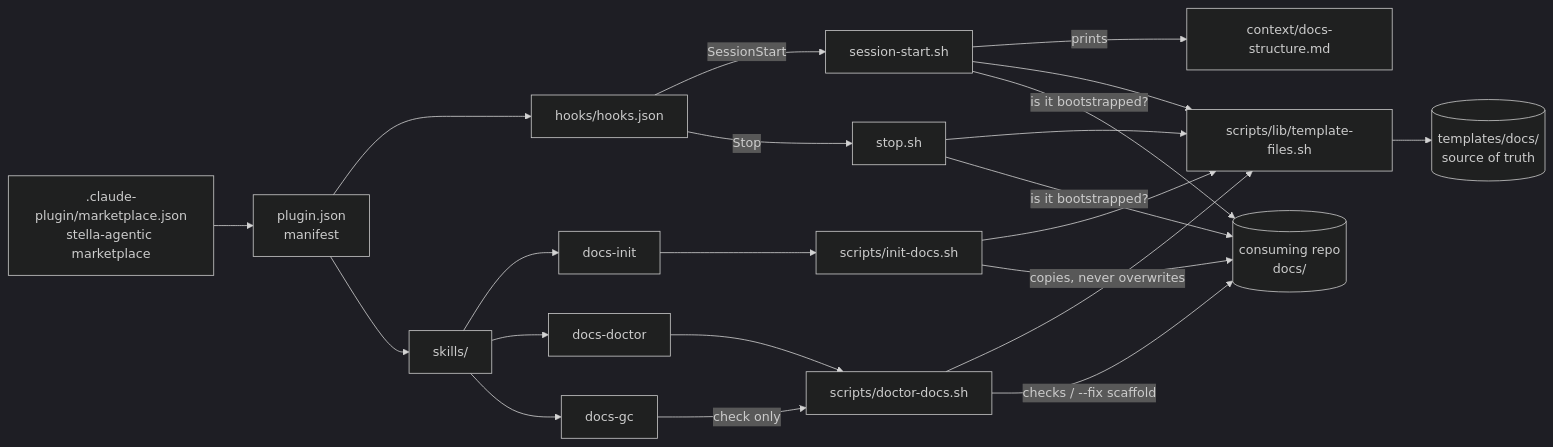
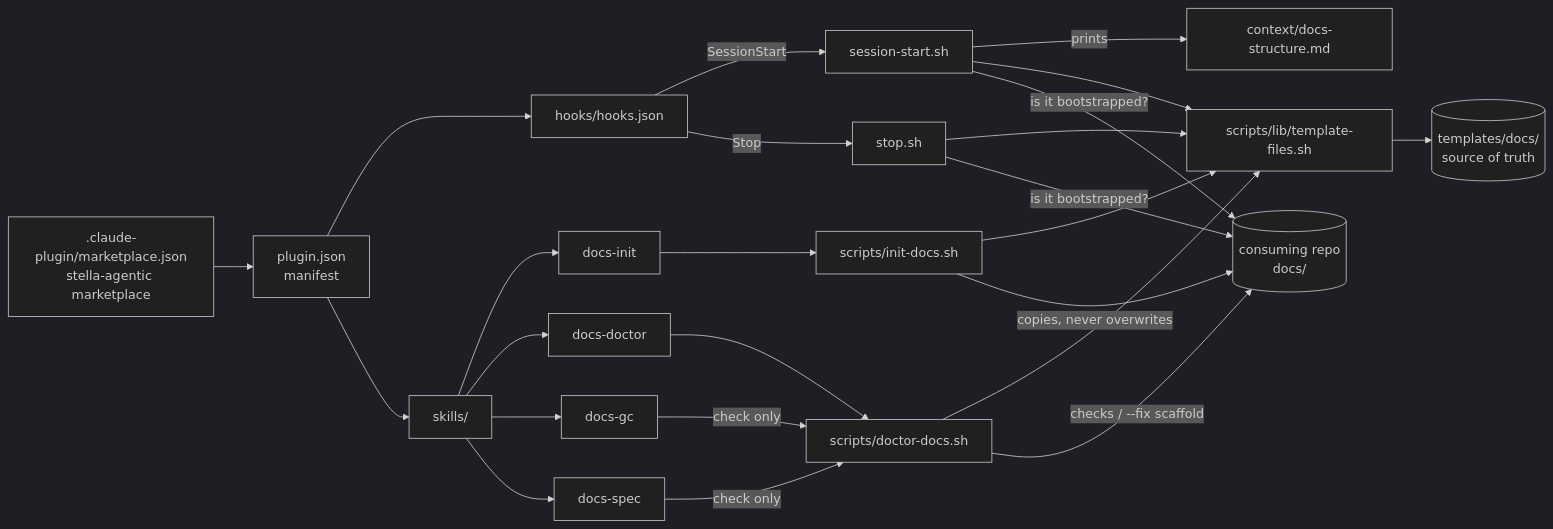
One commit to rochar/stella.agentic.workflow changed the first of 9 diagrams in stella-agentic-workflow-docs.md. Above: the diagram before and after it, drawn with Mermaid (dark theme). The commit also changed other lines of this file and 8 other files, not shown here.

````diff
--- a/stella-agentic-workflow-docs.md
+++ b/stella-agentic-workflow-docs.md
@@ -30,28 +30,30 @@
 ```mermaid
 flowchart LR
     MP[".claude-plugin/marketplace.json<br/>stella-agentic marketplace"] --> PJ["plugin.json<br/>manifest"]
     PJ --> HJ["hooks/hooks.json"]
     PJ --> SK["skills/"]
 
     HJ -- SessionStart --> SS["session-start.sh"]
     HJ -- Stop --> ST["stop.sh"]
     SS -- prints --> CTX["context/docs-structure.md"]
 
     SK --> DI["docs-init"]
     SK --> DD["docs-doctor"]
     SK --> GC["docs-gc"]
+    SK --> SP["docs-spec"]
     DI --> INIT["scripts/init-docs.sh"]
     DD --> DOC["scripts/doctor-docs.sh"]
     GC -- "check only" --> DOC
+    SP -- "check only" --> DOC
 
     SS --> LIB["scripts/lib/template-files.sh"]
     ST --> LIB
     INIT --> LIB
     DOC --> LIB
     LIB --> TPL[("templates/docs/<br/>source of truth")]
 
     INIT -- "copies, never overwrites" --> REPO[("consuming repo<br/>docs/")]
     DOC -- "checks / --fix scaffold" --> REPO
     SS -- "is it bootstrapped?" --> REPO
     ST -- "is it bootstrapped?" --> REPO
 ```
````
